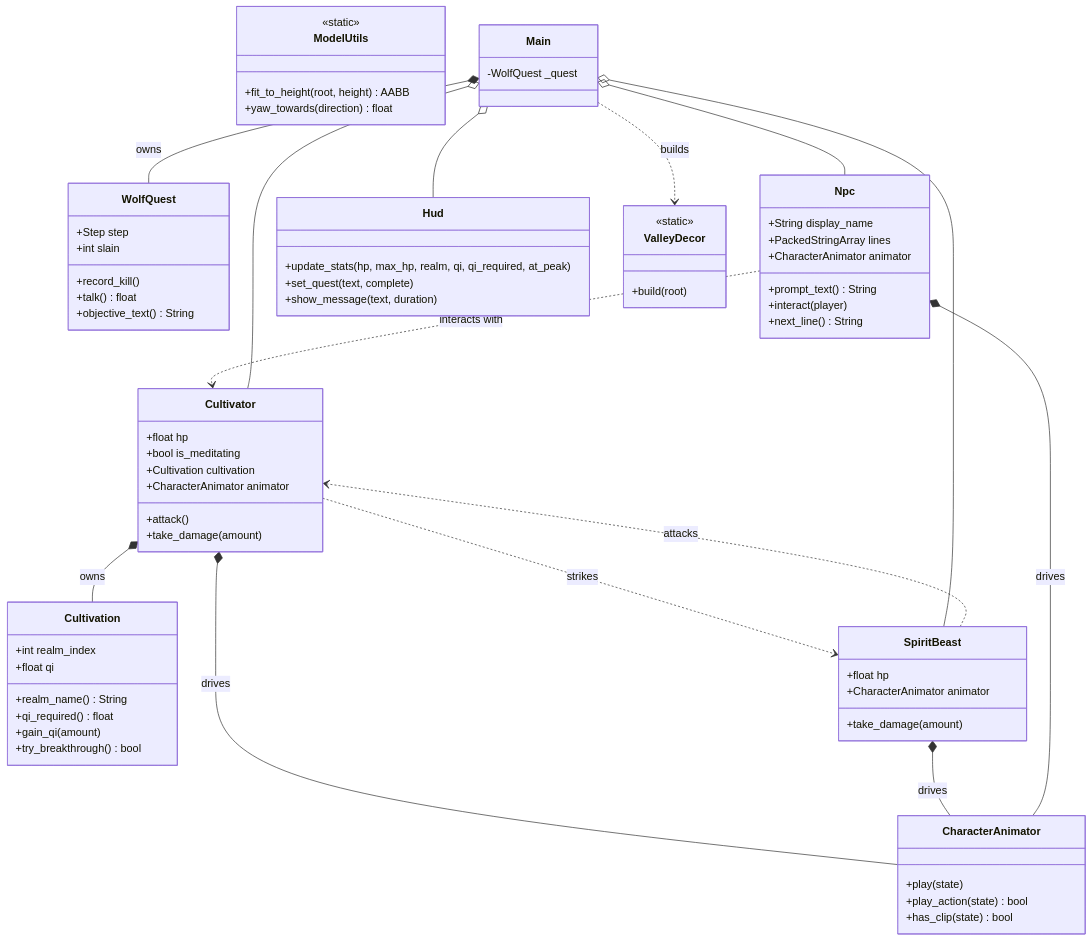
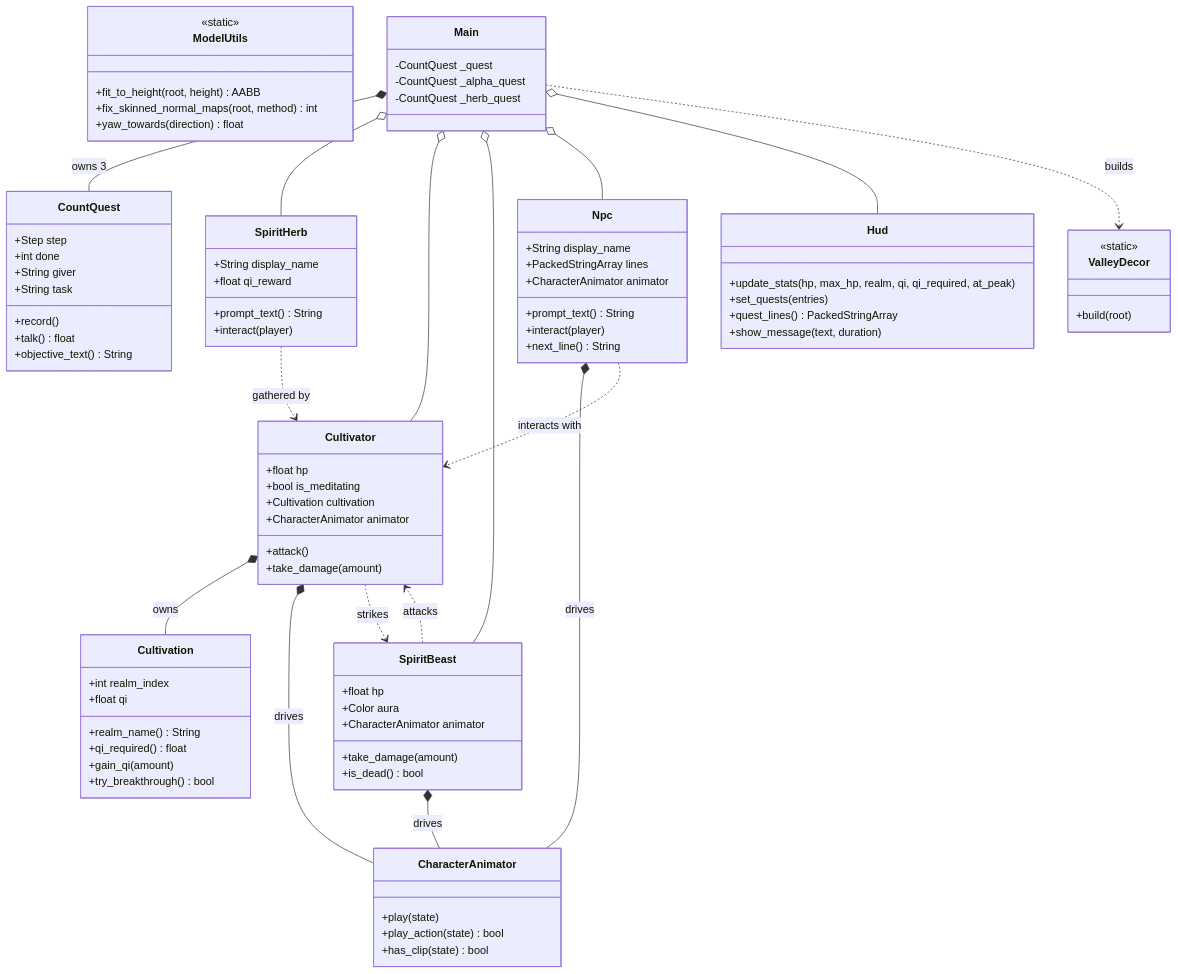
Before and after one commit to jgyy/trixian: the third of 13 diagrams in docs/architecture.md, drawn with Mermaid. The commit also changed other lines of this file and 32 other files, not shown here.

```diff
--- a/docs/architecture.md
+++ b/docs/architecture.md
@@ -75,12 +81,20 @@
         +gain_qi(amount)
         +try_breakthrough() bool
     }
-    class WolfQuest {
+    class CountQuest {
         +Step step
-        +int slain
-        +record_kill()
+        +int done
+        +String giver
+        +String task
+        +record()
         +talk() float
         +objective_text() String
+    }
+    class SpiritHerb {
+        +String display_name
+        +float qi_reward
+        +prompt_text() String
+        +interact(player)
     }
     class CharacterAnimator {
         +play(state)
@@ -97,8 +111,10 @@
     }
     class SpiritBeast {
         +float hp
+        +Color aura
         +CharacterAnimator animator
         +take_damage(amount)
+        +is_dead() bool
     }
     class Npc {
         +String display_name
@@ -110,12 +126,14 @@
     }
     class Hud {
         +update_stats(hp, max_hp, realm, qi, qi_required, at_peak)
-        +set_quest(text, complete)
+        +set_quests(entries)
+        +quest_lines() PackedStringArray
         +show_message(text, duration)
     }
     class ModelUtils {
         <<static>>
         +fit_to_height(root, height) AABB
+        +fix_skinned_normal_maps(root, method) int
         +yaw_towards(direction) float
     }
     class ValleyDecor {
@@ -123,7 +141,9 @@
         +build(root)
     }
     class Main {
-        -WolfQuest _quest
+        -CountQuest _quest
+        -CountQuest _alpha_quest
+        -CountQuest _herb_quest
     }
     Cultivator *-- Cultivation : owns
     Cultivator *-- CharacterAnimator : drives
@@ -132,7 +152,9 @@
     Cultivator ..> SpiritBeast : strikes
     SpiritBeast ..> Cultivator : attacks
     Npc ..> Cultivator : interacts with
-    Main *-- WolfQuest : owns
+    Main *-- CountQuest : owns 3
+    Main o-- SpiritHerb
+    SpiritHerb ..> Cultivator : gathered by
     Main o-- Cultivator
     Main o-- SpiritBeast
     Main o-- Npc
```
